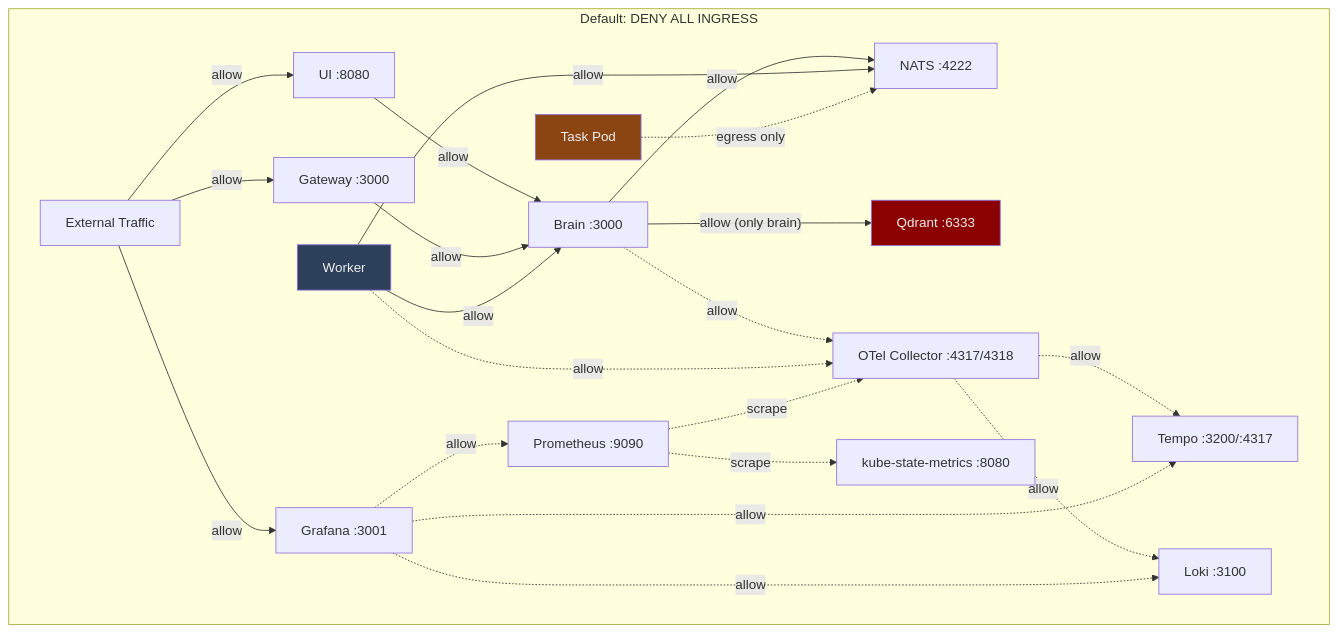
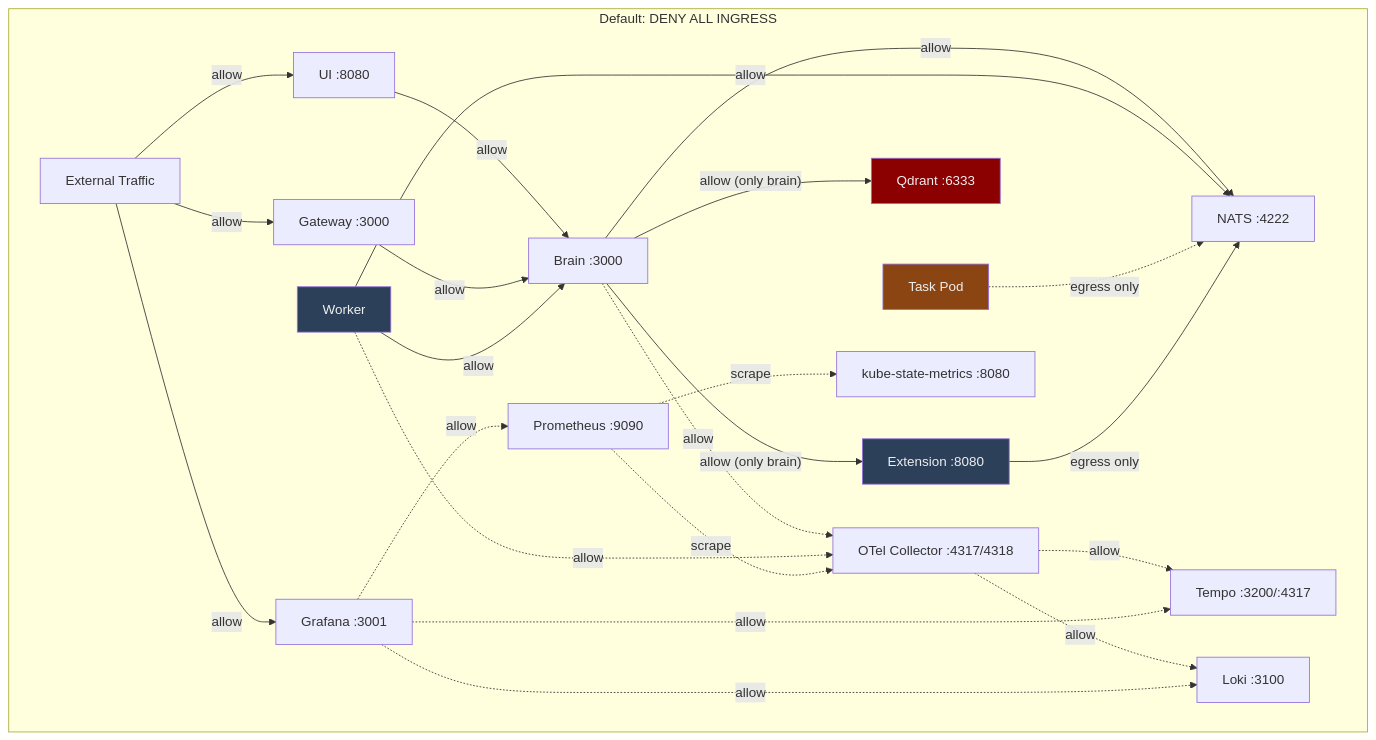
Before and after one commit to The-Baker-Street-Project/baker-street: the second of 12 diagrams in docs/overview.md, drawn with Mermaid. The commit also changed other lines of this file and 2 other files, not shown here.

````diff
--- a/docs/overview.md
+++ b/docs/overview.md
@@ -109,49 +112,53 @@
 ```mermaid
 graph TB
     subgraph "Default: DENY ALL INGRESS"
         EXT["External Traffic"]
 
         UI["UI :8080"]
         GW["Gateway :3000"]
         BRAIN["Brain :3000"]
         WORKER["Worker"]
         NATS["NATS :4222"]
         QDRANT["Qdrant :6333"]
         TASK["Task Pod"]
+        EXTPOD["Extension :8080"]
         OTEL["OTel Collector :4317/4318"]
         TEMPO["Tempo :3200/:4317"]
         LOKI["Loki :3100"]
         GRAFANA["Grafana :3001"]
         PROM["Prometheus :9090"]
         KSM["kube-state-metrics :8080"]
     end
 
     EXT -->|"allow"| UI
     EXT -->|"allow"| GW
     EXT -->|"allow"| GRAFANA
 
     UI -->|"allow"| BRAIN
     GW -->|"allow"| BRAIN
     WORKER -->|"allow"| BRAIN
 
     BRAIN -->|"allow"| NATS
     WORKER -->|"allow"| NATS
     TASK -.->|"egress only"| NATS
 
+    BRAIN -->|"allow (only brain)"| EXTPOD
+    EXTPOD -->|"egress only"| NATS
     BRAIN -->|"allow (only brain)"| QDRANT
 
     BRAIN -.->|"allow"| OTEL
     WORKER -.->|"allow"| OTEL
 
     OTEL -.->|"allow"| TEMPO
     OTEL -.->|"allow"| LOKI
     PROM -.->|"scrape"| OTEL
     PROM -.->|"scrape"| KSM
     GRAFANA -.->|"allow"| TEMPO
     GRAFANA -.->|"allow"| LOKI
     GRAFANA -.->|"allow"| PROM
 
     style WORKER fill:#2d4059,color:#eee
     style QDRANT fill:#8B0000,color:#eee
     style TASK fill:#8B4513,color:#eee
+    style EXTPOD fill:#2d4059,color:#eee
 ```
````
